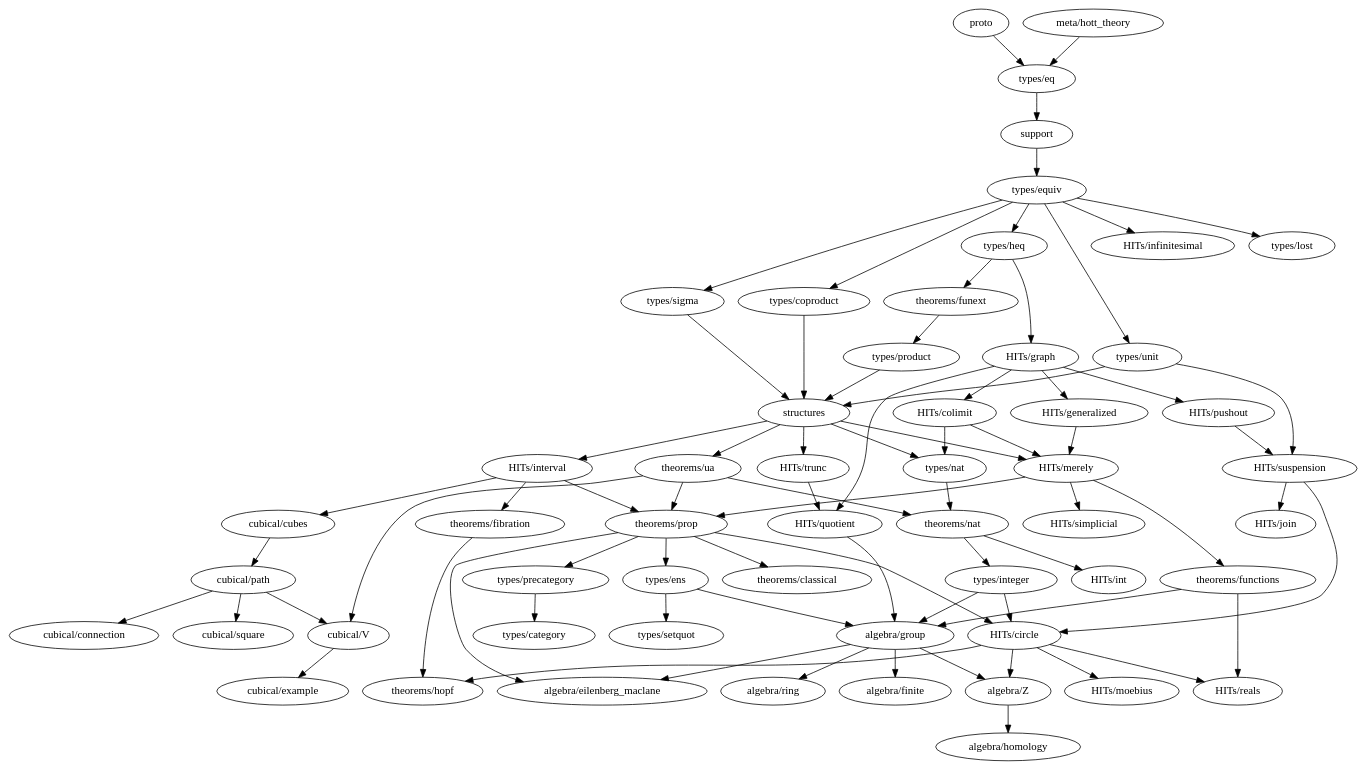
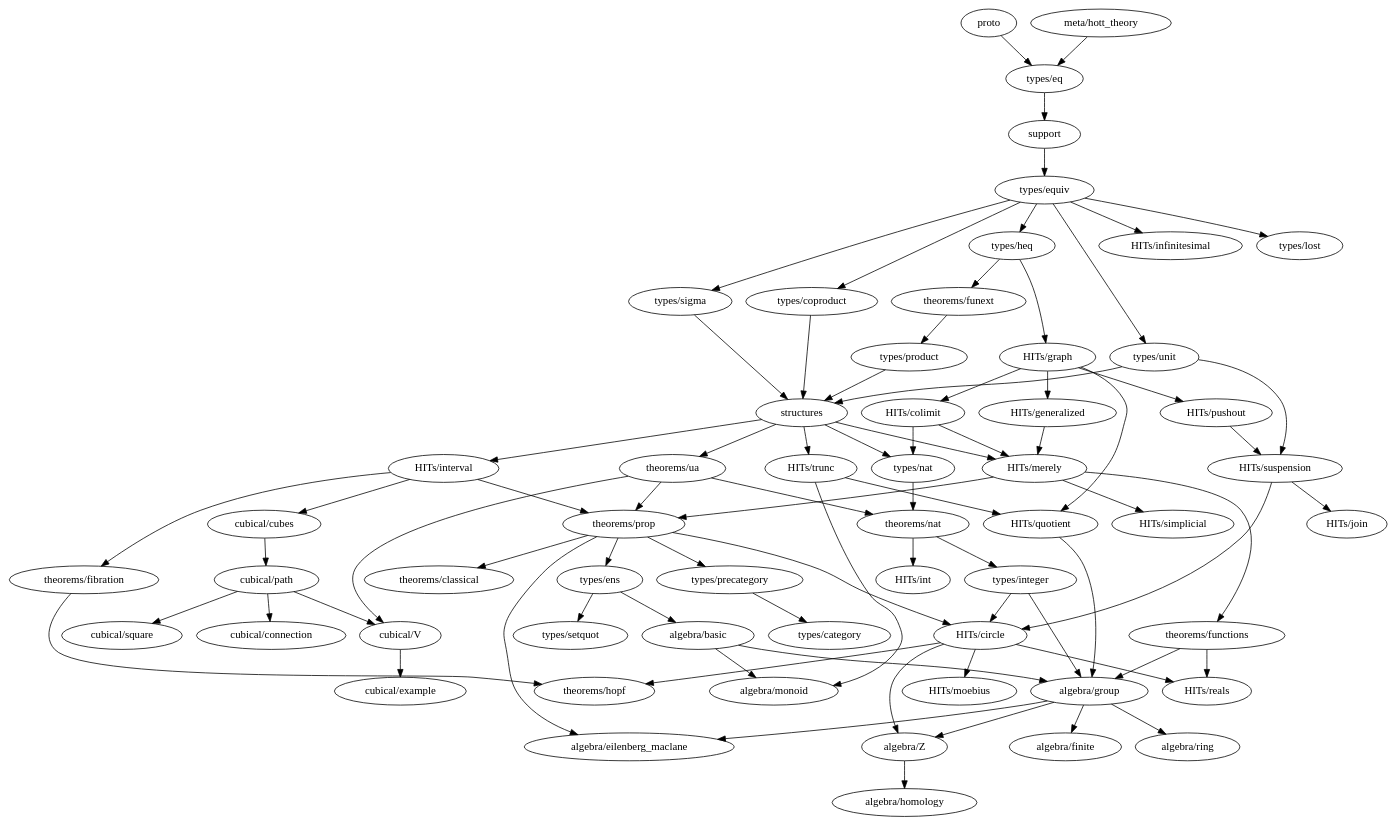
Before and after one commit to forked-from-1kasper/ground_zero: the diagram in dependency-map.gv, drawn with Graphviz. The commit also changed 4 other files, not shown here.

Commit message:
basic.lean & monoid.lean

```diff
--- a/dependency-map.gv
+++ b/dependency-map.gv
@@ -1,127 +1,129 @@
 digraph dependency_map {
   proto -> "types/eq"
   "meta/hott_theory" -> "types/eq"
   support -> "types/equiv"
   structures -> {
     "HITs/interval",
     "HITs/merely",
     "HITs/trunc",
     "types/nat",
     "theorems/ua"
   }
 
   subgraph algebra {
+    "algebra/basic" -> { "algebra/monoid", "algebra/group" }
     "algebra/eilenberg_maclane"
     "algebra/finite"
     "algebra/group" -> {
       "algebra/eilenberg_maclane",
       "algebra/finite",
       "algebra/ring",
       "algebra/Z"
     }
     "algebra/homology"
+    "algebra/monoid"
     "algebra/ring"
     "algebra/Z" -> { "algebra/homology" }
   }
 
   subgraph types {
     "types/category"
     "types/coproduct" -> { structures }
     "types/eq" -> { support }
-    "types/ens" -> { "algebra/group", "types/setquot" }
+    "types/ens" -> { "algebra/basic", "types/setquot" }
     "types/equiv" -> {
       "types/heq",
       "HITs/infinitesimal",
       "types/coproduct",
       "types/lost",
       "types/unit",
       "types/sigma"
     }
     "types/heq" -> {
       "HITs/graph", "theorems/funext"
     }
     "types/integer" -> {
       "algebra/group",
       "HITs/circle"
     }
     "types/lost"
     "types/nat" -> { "theorems/nat" }
     "types/precategory" -> { "types/category" }
     "types/product" -> { structures }
     "types/setquot"
     "types/sigma" -> { structures }
     "types/unit" -> { structures, "HITs/suspension" }
   }
 
   subgraph HITs {
     "HITs/circle" -> {
       "algebra/Z",
       "theorems/hopf",
       "HITs/moebius",
       "HITs/reals"
     }
     "HITs/colimit" -> { "HITs/merely", "types/nat" }
     "HITs/generalized" -> "HITs/merely"
     "HITs/graph" -> {
       "HITs/colimit",
       "HITs/generalized",
       "HITs/pushout",
       "HITs/quotient"
     }
     "HITs/infinitesimal"
     "HITs/interval" -> {
       "cubical/cubes",
       "theorems/prop",
       "theorems/fibration"
     }
     "HITs/join"
     "HITs/merely" -> {
       "theorems/prop",
       "HITs/simplicial",
       "theorems/functions"
     }
     "HITs/moebius"
     "HITs/pushout" -> {
       "HITs/suspension"
     }
     "HITs/quotient" -> { "algebra/group" }
     "HITs/reals"
     "HITs/simplicial"
     "HITs/suspension" -> { "HITs/circle", "HITs/join" }
-    "HITs/trunc" -> { "HITs/quotient" }
+    "HITs/trunc" -> { "algebra/monoid", "HITs/quotient" }
   }
 
   subgraph cubical {
     "cubical/connection"
     "cubical/cubes" -> "cubical/path"
     "cubical/example"
     "cubical/path" -> {
       "cubical/square",
       "cubical/V",
       "cubical/connection"
     }
     "cubical/square"
     "cubical/V" -> { "cubical/example" }
   }
 
   subgraph theorems {
     "theorems/classical"
     "theorems/fibration" -> { "theorems/hopf" }
     "theorems/functions" -> { "HITs/reals", "algebra/group" }
     "theorems/funext" -> { "types/product" }
     "theorems/hopf"
     "theorems/nat" -> { "HITs/int", "types/integer" }
     "theorems/prop" -> {
       "algebra/eilenberg_maclane",
       "HITs/circle",
       "types/ens",
       "types/precategory",
       "theorems/classical"
     }
     "theorems/ua" -> {
       "theorems/nat",
       "theorems/prop",
       "cubical/V"
     }
   }
 }
```
